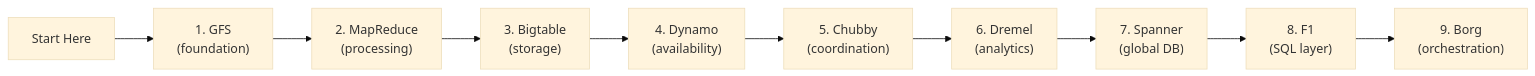
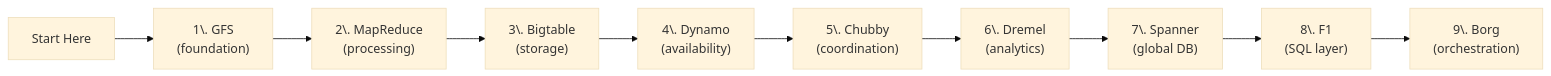
One commit to quocvinhx2101-ctrl/DE changed diagram 29 of 29 in papers/01_Distributed_Systems_Papers.md. Above: the diagram before and after it, drawn with Mermaid (base theme). The commit also changed other lines of this file and 18 other files, not shown here.

````diff
--- a/papers/01_Distributed_Systems_Papers.md
+++ b/papers/01_Distributed_Systems_Papers.md
@@ -1133,12 +1475,12 @@
 ```mermaid
 graph LR
-    Start["Start Here"] --> GFS["1. GFS<br/>(foundation)"]
-    GFS --> MR["2. MapReduce<br/>(processing)"]
-    MR --> BT["3. Bigtable<br/>(storage)"]
-    BT --> Dynamo["4. Dynamo<br/>(availability)"]
-    Dynamo --> Chubby["5. Chubby<br/>(coordination)"]
-    Chubby --> Dremel["6. Dremel<br/>(analytics)"]
-    Dremel --> Spanner["7. Spanner<br/>(global DB)"]
-    Spanner --> F1["8. F1<br/>(SQL layer)"]
-    F1 --> Borg["9. Borg<br/>(orchestration)"]
+    Start["Start Here"] --> GFS["1\. GFS<br/>(foundation)"]
+    GFS --> MR["2\. MapReduce<br/>(processing)"]
+    MR --> BT["3\. Bigtable<br/>(storage)"]
+    BT --> Dynamo["4\. Dynamo<br/>(availability)"]
+    Dynamo --> Chubby["5\. Chubby<br/>(coordination)"]
+    Chubby --> Dremel["6\. Dremel<br/>(analytics)"]
+    Dremel --> Spanner["7\. Spanner<br/>(global DB)"]
+    Spanner --> F1["8\. F1<br/>(SQL layer)"]
+    F1 --> Borg["9\. Borg<br/>(orchestration)"]
 ```
````
